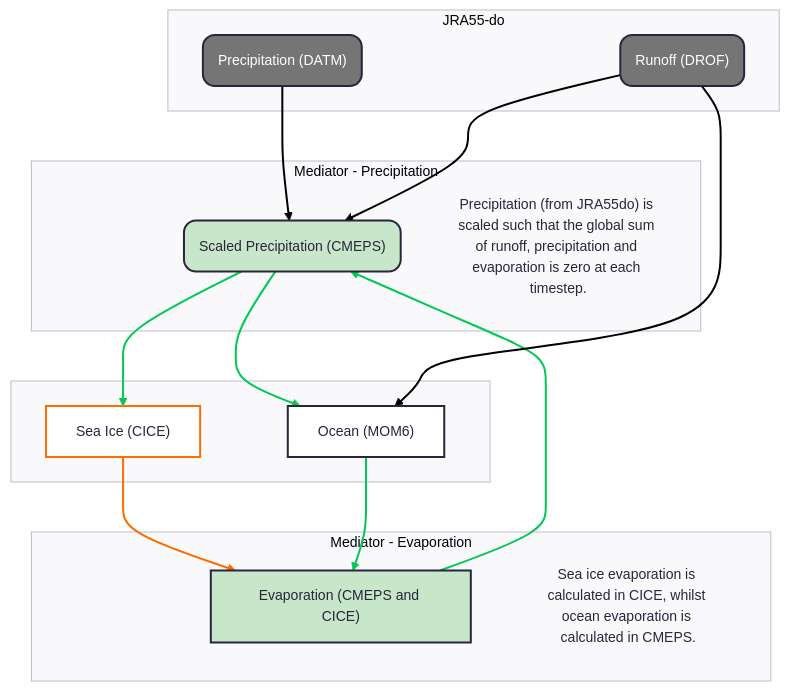
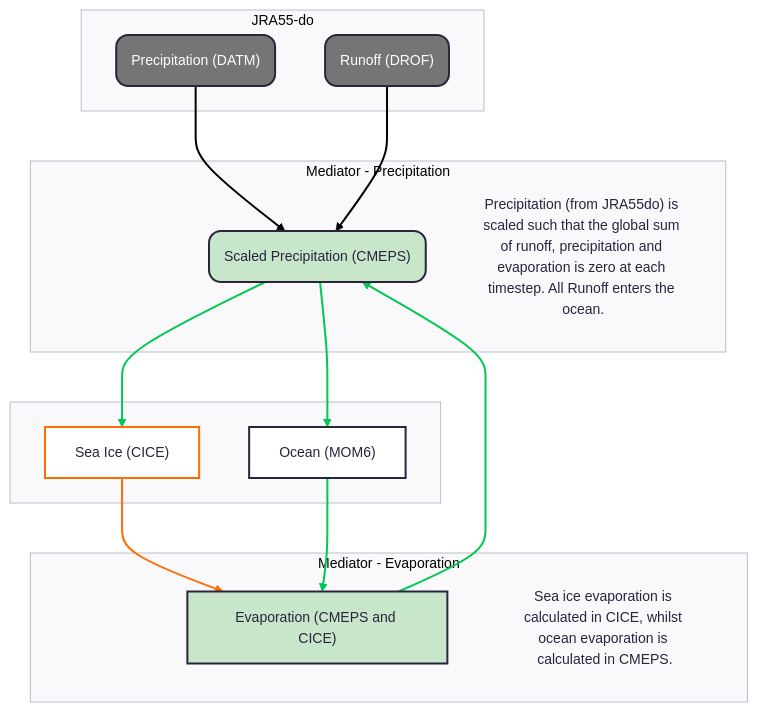
One commit to ACCESS-NRI/access-om3-configs changed the diagram in documentation/docs/pages/inputs/Forcing-data-models.md. Above: the diagram before and after it, drawn with Mermaid. The commit also changed other lines of this file, not shown here.

````diff
--- a/documentation/docs/pages/inputs/Forcing-data-models.md
+++ b/documentation/docs/pages/inputs/Forcing-data-models.md
@@ -122,49 +123,48 @@
 ```mermaid
 ---
 config:
   theme: redux
   layout: fixed
 ---
 flowchart TB
  subgraph s2["JRA55-do"]
         n1["Runoff (DROF)"]
         n6["Precipitation (DATM)"]
   end
  subgraph s3[" "]
         n2["Ocean (MOM6)"]
         n4["Sea Ice (CICE)"]
   end
  subgraph s6["Mediator - Evaporation"]
         n5["Evaporation (CMEPS and CICE)"]
         n7["Sea ice evaporation is calculated in CICE, whilst ocean evaporation is calculated in CMEPS."]
   end
  subgraph s7["Mediator - Precipitation"]
         n3["Scaled Precipitation (CMEPS)"]
-        n8["Precipitation (from JRA55do) is scaled such that the global sum of runoff, precipitation and evaporation is zero at each timestep."]
+        n8["Precipitation (from JRA55do) is scaled such that the global sum of runoff, precipitation and evaporation is zero at each timestep. All Runoff enters the ocean."]
   end
 
     n3 --> n2 & n4
     n4 --> n5
     n2 --> n5
     n6 --> n3
     n5 --> n3
     n1 --> n3
-    n1 --> n2
 
     n1@{ shape: rounded}
     n6@{ shape: rounded}
     n4@{ shape: rect}
     n7@{ shape: text}
     n3@{ shape: rounded}
     n8@{ shape: text}
     style n1 fill:#757575,color:#ffffff
     style n6 color:#ffffff,fill:#757575
     style n4 stroke:#FF6D00
     style n5 fill:#C8E6C9
     style n3 fill:#C8E6C9
     linkStyle 0 stroke:#00C853,fill:none
     linkStyle 1 stroke:#00C853,fill:none
     linkStyle 2 stroke:#FF6D00,fill:none
     linkStyle 3 stroke:#00C853,fill:none
     linkStyle 5 stroke:#00C853,fill:none
 ```
````
